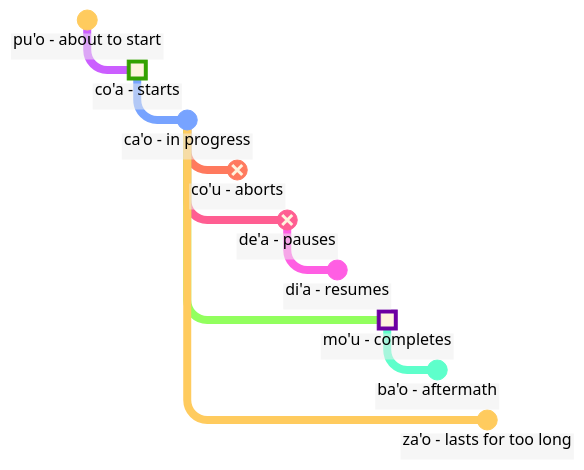
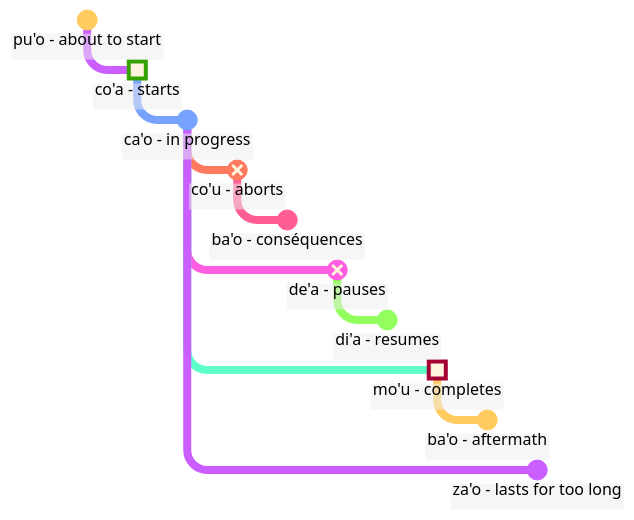
One commit to La-Lojban/lojban.pw changed the diagram in data/pages/fr/books/learn-lojban/6.md. Above: the diagram before and after it, drawn with Mermaid. The commit also changed other lines of this file and 24 other files, not shown here.

````diff
--- a/data/pages/fr/books/learn-lojban/6.md
+++ b/data/pages/fr/books/learn-lojban/6.md
@@ -543,57 +556,61 @@
 ```mermaid
 %%{
     init: {
         'logLevel': 'debug',
         'theme': 'base',
         'themeVariables': {
                 'commitLabelColor': '#000',
                 'commitLabelBackground': '#eee',
                 'commitLabelFontSize': '16px',
                 'tagLabelFontSize': '14px'
         },
         'htmlLabels': true,
         'gitGraph': {
             'showCommitLabel':true,
             'mainBranchName': 'event',
             'rotateCommitLabel': false,
             'showBranches': false
         }
     }
 }%%
 
 gitGraph
     checkout event
     commit id: "pu'o - about to start"
 
     checkout event
     branch start
     commit id: "co'a - starts" type:HIGHLIGHT
 
     checkout start
     branch progress
     commit id: "ca'o - in progress"
 
     checkout progress
     branch stop
     commit id: "co'u - aborts" type: REVERSE
 
+    checkout stop
+    branch aftermathStop
+    commit id: "ba'o - conséquences "
+
     checkout progress
     branch "pause"
     commit id: "de'a - pauses" type: REVERSE
 
     checkout "pause"
     branch resume
     commit id: "di'a - resumes"
 
     checkout progress
     branch completion
     commit id: "mo'u - completes" type: HIGHLIGHT
 
     checkout completion
     branch aftermath
     commit id: "ba'o - aftermath"
 
     checkout progress
     branch overdue
     commit id: "za'o - lasts for too long"
 ```
````
